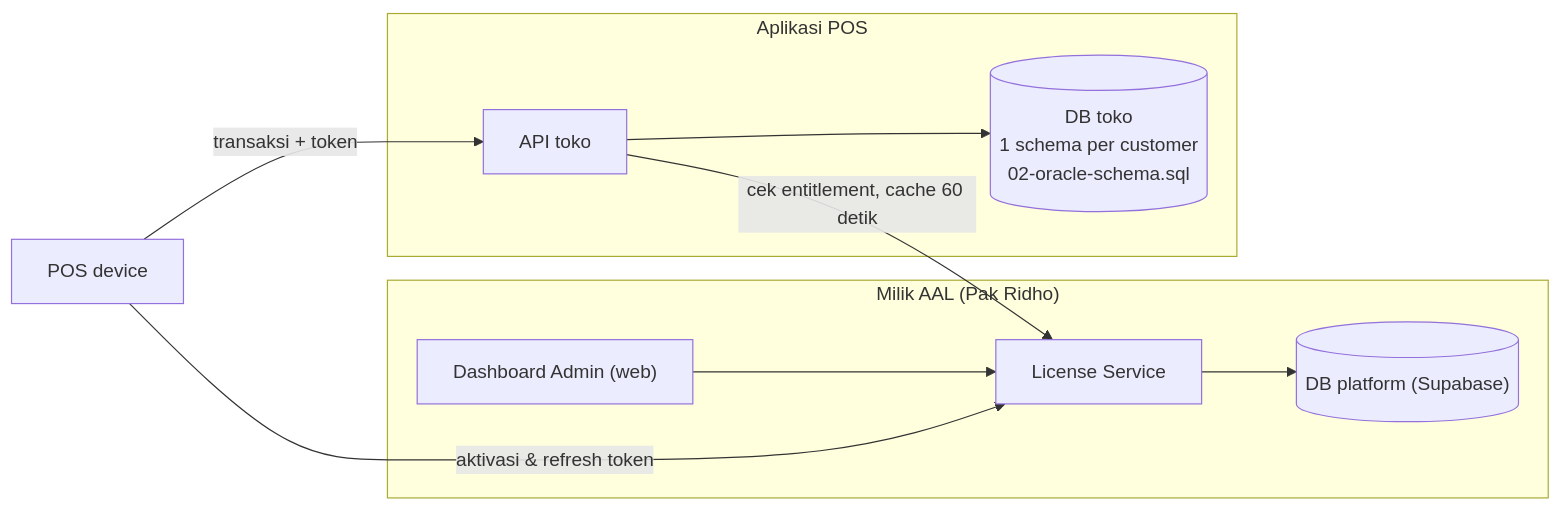
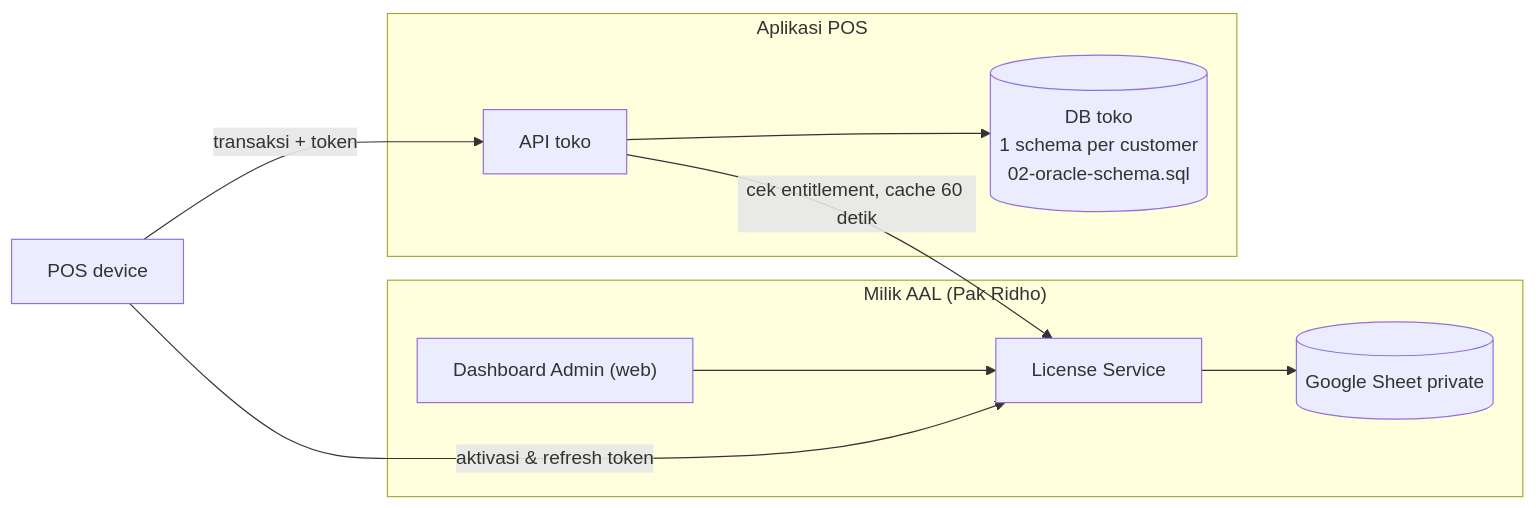
One commit to mra2194/Subscription-dashboard changed the first of 2 diagrams in docs/04-lisensi-langganan.md. Above: the diagram before and after it, drawn with Mermaid. The commit also changed other lines of this file and 32 other files, not shown here.

First line of the commit message:
Replace Supabase backend with Google Sheets + Apps Script

````diff
--- a/docs/04-lisensi-langganan.md
+++ b/docs/04-lisensi-langganan.md
@@ -32,17 +32,17 @@
 ```mermaid
 flowchart LR
   subgraph AAL["Milik AAL (Pak Ridho)"]
     ADM["Dashboard Admin (web)"]
     LIC["License Service"]
-    PDB[("DB platform (Supabase)")]
+    PDB[("Google Sheet private")]
     ADM --> LIC --> PDB
   end
   subgraph App["Aplikasi POS"]
     API["API toko"]
     TDB[("DB toko\n1 schema per customer\n02-oracle-schema.sql")]
     API --> TDB
   end
   POS["POS device"] -->|aktivasi & refresh token| LIC
   POS -->|transaksi + token| API
   API -->|cek entitlement, cache 60 detik| LIC
 ```
````
